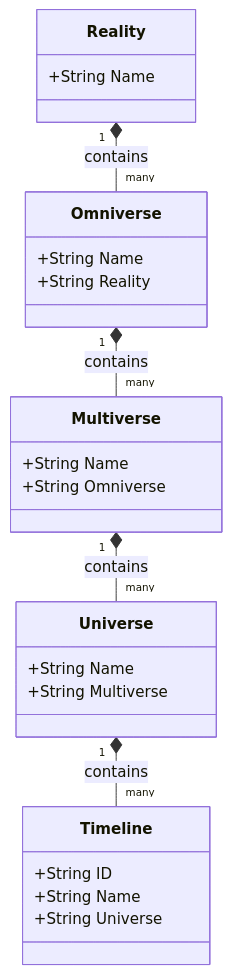
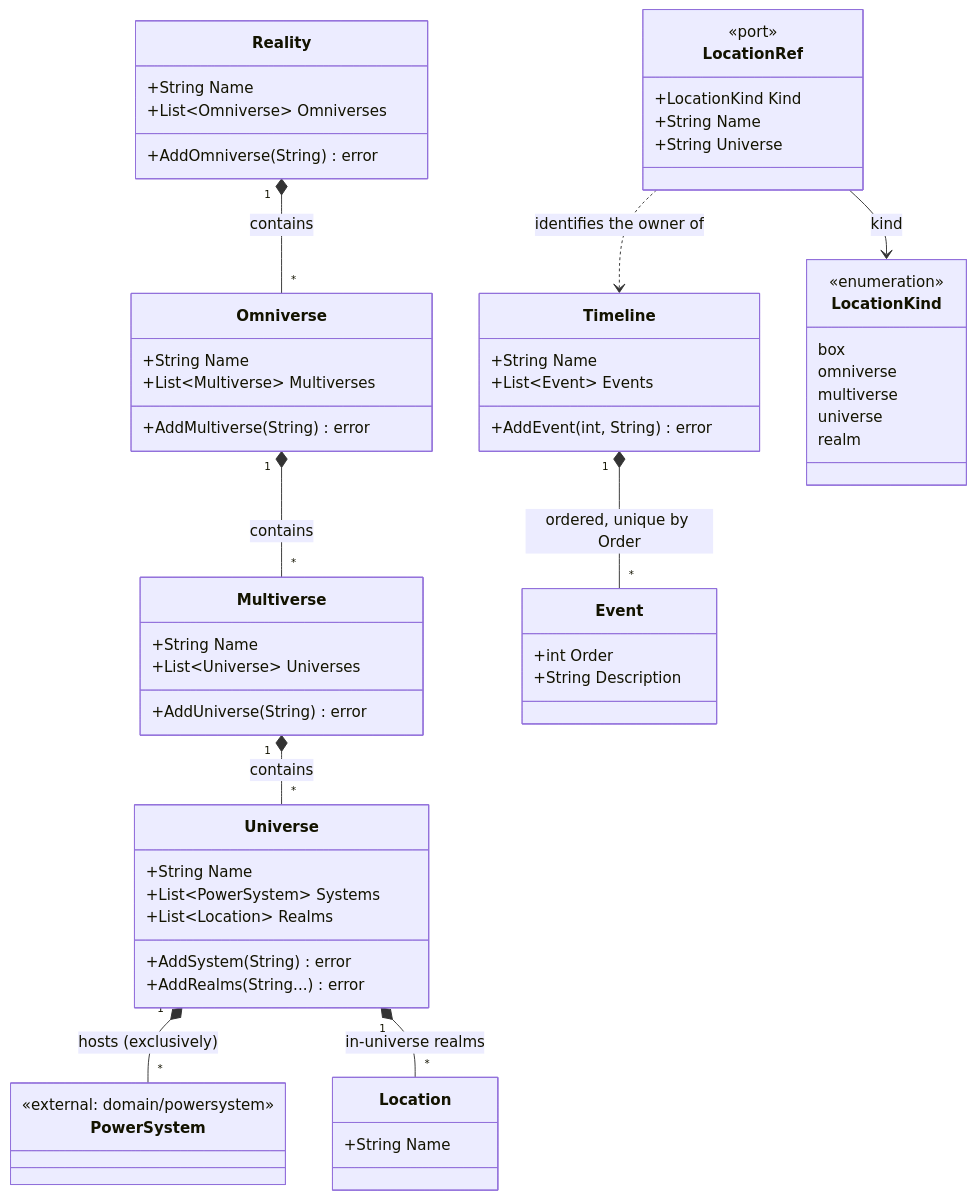
One commit to backendsouls/tge changed the diagram in ai/docs/diagrams/classes-domain-cosmology.md. Above: the diagram before and after it, drawn with Mermaid. The commit also changed other lines of this file and 20 other files, not shown here.

````diff
--- a/ai/docs/diagrams/classes-domain-cosmology.md
+++ b/ai/docs/diagrams/classes-domain-cosmology.md
@@ -5,32 +8,72 @@
 ```mermaid
 classDiagram
     class Reality {
         +String Name
+        +List~Omniverse~ Omniverses
+        +AddOmniverse(String) error
     }
-    
+
     class Omniverse {
         +String Name
-        +String Reality
+        +List~Multiverse~ Multiverses
+        +AddMultiverse(String) error
     }
-    
+
     class Multiverse {
         +String Name
-        +String Omniverse
+        +List~Universe~ Universes
+        +AddUniverse(String) error
     }
-    
+
     class Universe {
         +String Name
-        +String Multiverse
+        +List~PowerSystem~ Systems
+        +List~Location~ Realms
+        +AddSystem(String) error
+        +AddRealms(String...) error
     }
-    
+
+    class Location {
+        +String Name
+    }
+
     class Timeline {
-        +String ID
+        +String Name
+        +List~Event~ Events
+        +AddEvent(int, String) error
+    }
+
+    class Event {
+        +int Order
+        +String Description
+    }
+
+    class LocationRef {
+        <<port>>
+        +LocationKind Kind
         +String Name
         +String Universe
     }
 
-    Reality "1" *-- "many" Omniverse : contains
-    Omniverse "1" *-- "many" Multiverse : contains
-    Multiverse "1" *-- "many" Universe : contains
-    Universe "1" *-- "many" Timeline : contains
+    class LocationKind {
+        <<enumeration>>
+        box
+        omniverse
+        multiverse
+        universe
+        realm
+    }
+
+    class PowerSystem {
+        <<external: domain/powersystem>>
+    }
+
+    Reality "1" *-- "*" Omniverse : contains
+    Omniverse "1" *-- "*" Multiverse : contains
+    Multiverse "1" *-- "*" Universe : contains
+    Universe "1" *-- "*" PowerSystem : hosts (exclusively)
+    Universe "1" *-- "*" Location : in-universe realms
+    Timeline "1" *-- "*" Event : ordered, unique by Order
+    LocationRef --> LocationKind : kind
+    LocationRef ..> Timeline : identifies the owner of
 ```
````
